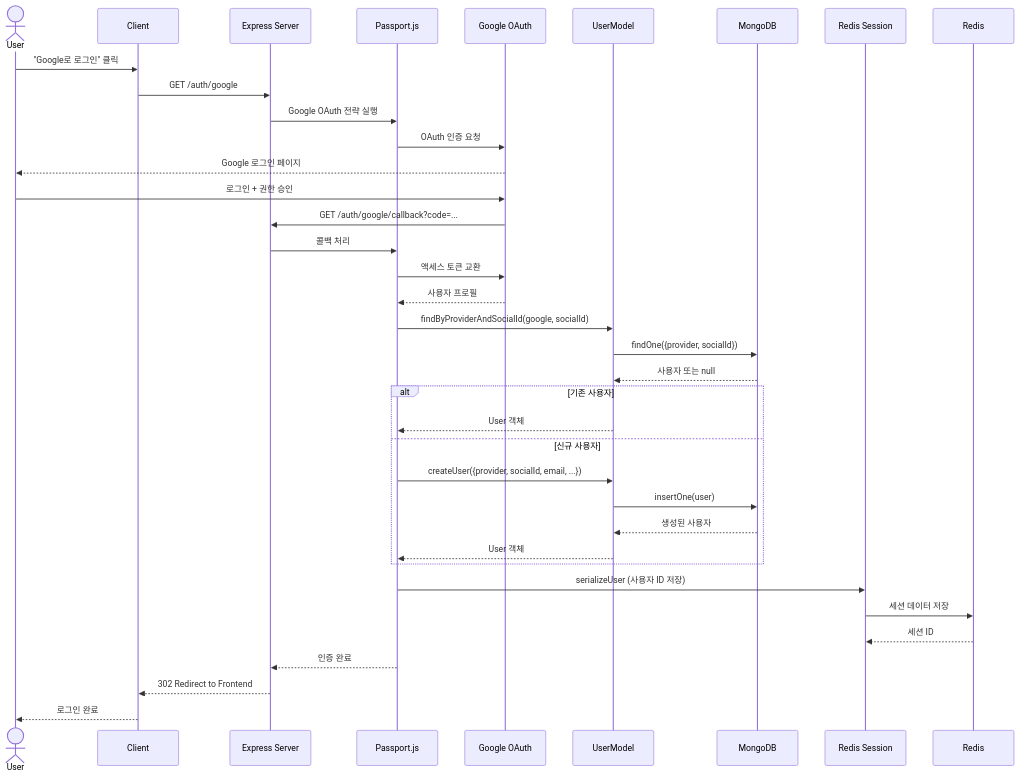
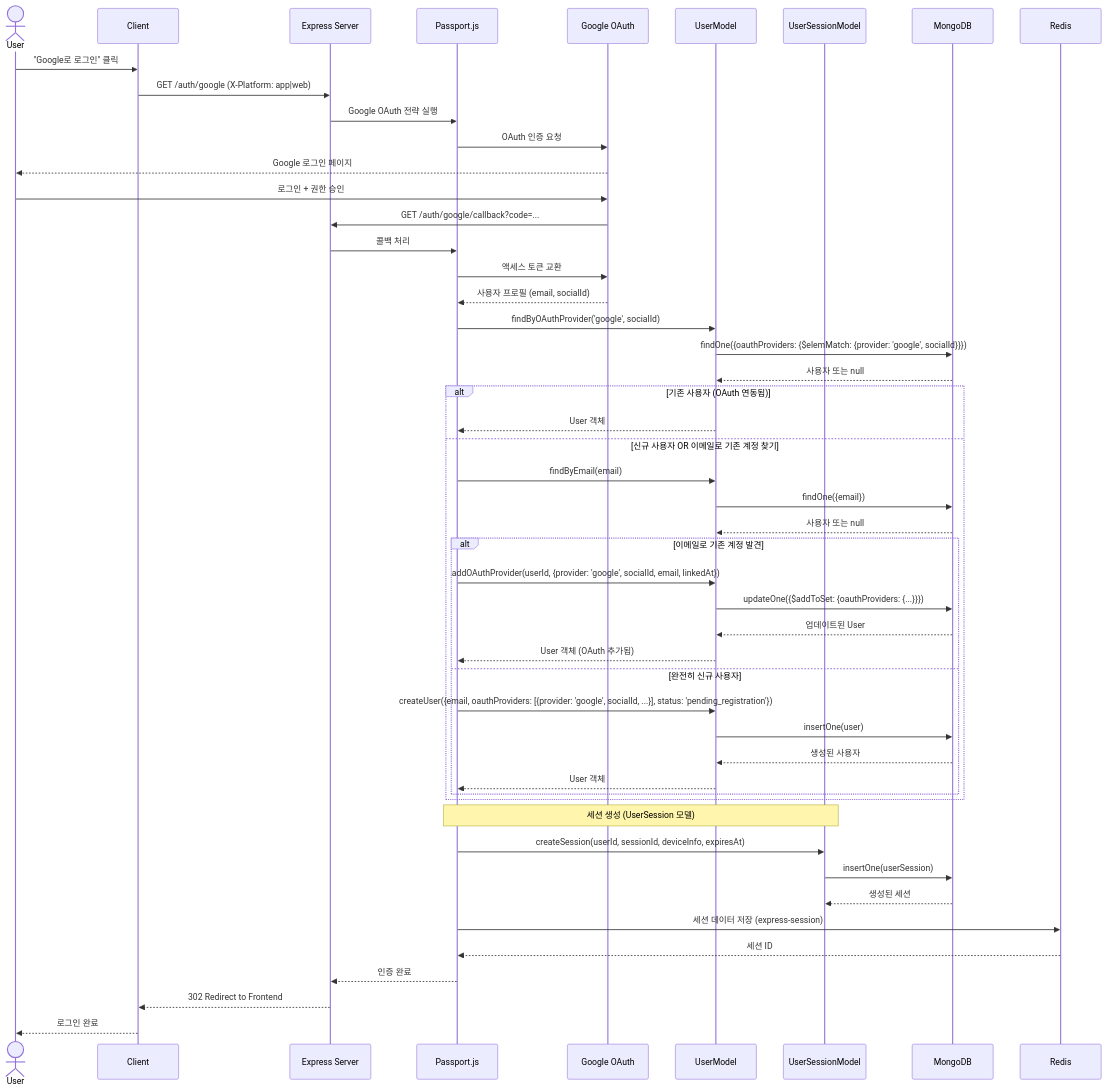
One commit to EverydayFireFriday/LiveLink_BE changed the second of 13 diagrams in docs/architecture/SEQUENCE_DIAGRAMS.md. Above: the diagram before and after it, drawn with Mermaid. The commit also changed other lines of this file and 7 other files, not shown here.

````diff
--- a/docs/architecture/SEQUENCE_DIAGRAMS.md
+++ b/docs/architecture/SEQUENCE_DIAGRAMS.md
@@ -67,42 +67,59 @@
 ```mermaid
 sequenceDiagram
     actor User
     participant Client
     participant API as Express Server
     participant Passport as Passport.js
     participant Google as Google OAuth
     participant UserModel
+    participant UserSessionModel
     participant MongoDB
-    participant Session as Redis Session
+    participant Redis
 
     User->>Client: "Google로 로그인" 클릭
-    Client->>API: GET /auth/google
+    Client->>API: GET /auth/google (X-Platform: app|web)
     API->>Passport: Google OAuth 전략 실행
     Passport->>Google: OAuth 인증 요청
     Google-->>User: Google 로그인 페이지
     User->>Google: 로그인 + 권한 승인
     Google->>API: GET /auth/google/callback?code=...
     API->>Passport: 콜백 처리
     Passport->>Google: 액세스 토큰 교환
-    Google-->>Passport: 사용자 프로필
+    Google-->>Passport: 사용자 프로필 (email, socialId)
 
-    Passport->>UserModel: findByProviderAndSocialId(google, socialId)
-    UserModel->>MongoDB: findOne({provider, socialId})
+    Passport->>UserModel: findByOAuthProvider('google', socialId)
+    UserModel->>MongoDB: findOne({oauthProviders: {$elemMatch: {provider: 'google', socialId}}})
     MongoDB-->>UserModel: 사용자 또는 null
 
-    alt 기존 사용자
+    alt 기존 사용자 (OAuth 연동됨)
         UserModel-->>Passport: User 객체
-    else 신규 사용자
-        Passport->>UserModel: createUser({provider, socialId, email, ...})
-        UserModel->>MongoDB: insertOne(user)
-        MongoDB-->>UserModel: 생성된 사용자
-        UserModel-->>Passport: User 객체
+    else 신규 사용자 OR 이메일로 기존 계정 찾기
+        Passport->>UserModel: findByEmail(email)
+        UserModel->>MongoDB: findOne({email})
+        MongoDB-->>UserModel: 사용자 또는 null
+
+        alt 이메일로 기존 계정 발견
+            Passport->>UserModel: addOAuthProvider(userId, {provider: 'google', socialId, email, linkedAt})
+            UserModel->>MongoDB: updateOne({$addToSet: {oauthProviders: {...}}})
+            MongoDB-->>UserModel: 업데이트된 User
+            UserModel-->>Passport: User 객체 (OAuth 추가됨)
+        else 완전히 신규 사용자
+            Passport->>UserModel: createUser({email, oauthProviders: [{provider: 'google', socialId, ...}], status: 'pending_registration'})
+            UserModel->>MongoDB: insertOne(user)
+            MongoDB-->>UserModel: 생성된 사용자
+            UserModel-->>Passport: User 객체
+        end
     end
 
-    Passport->>Session: serializeUser (사용자 ID 저장)
-    Session->>Redis: 세션 데이터 저장
-    Redis-->>Session: 세션 ID
+    Note over Passport,UserSessionModel: 세션 생성 (UserSession 모델)
+    Passport->>UserSessionModel: createSession(userId, sessionId, deviceInfo, expiresAt)
+    UserSessionModel->>MongoDB: insertOne(userSession)
+    MongoDB-->>UserSessionModel: 생성된 세션
+
+    Passport->>Redis: 세션 데이터 저장 (express-session)
+    Redis-->>Passport: 세션 ID
+
     Passport-->>API: 인증 완료
     API-->>Client: 302 Redirect to Frontend
     Client-->>User: 로그인 완료
 ```
````
